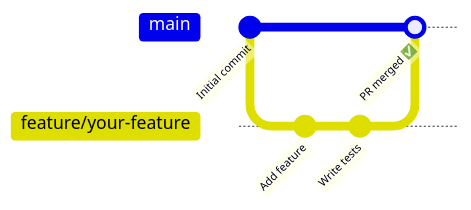
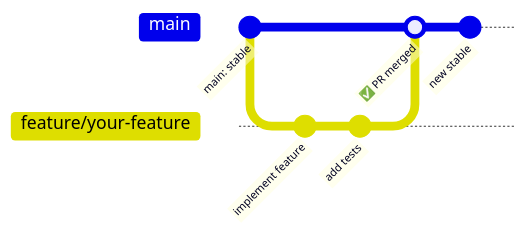
One commit to Diyajain3/SnapResume changed the sixth of 6 diagrams in README.md. Above: the diagram before and after it, drawn with Mermaid. The commit also changed other lines of this file, not shown here.

````diff
--- a/README.md
+++ b/README.md
@@ -394,10 +561,11 @@
 ```mermaid
 gitGraph
-    commit id: "Initial commit"
+    commit id: "main: stable"
     branch feature/your-feature
     checkout feature/your-feature
-    commit id: "Add feature"
-    commit id: "Write tests"
+    commit id: "implement feature"
+    commit id: "add tests"
     checkout main
-    merge feature/your-feature id: "PR merged ✅"
+    merge feature/your-feature id: "✅ PR merged"
+    commit id: "new stable"
 ```
````
